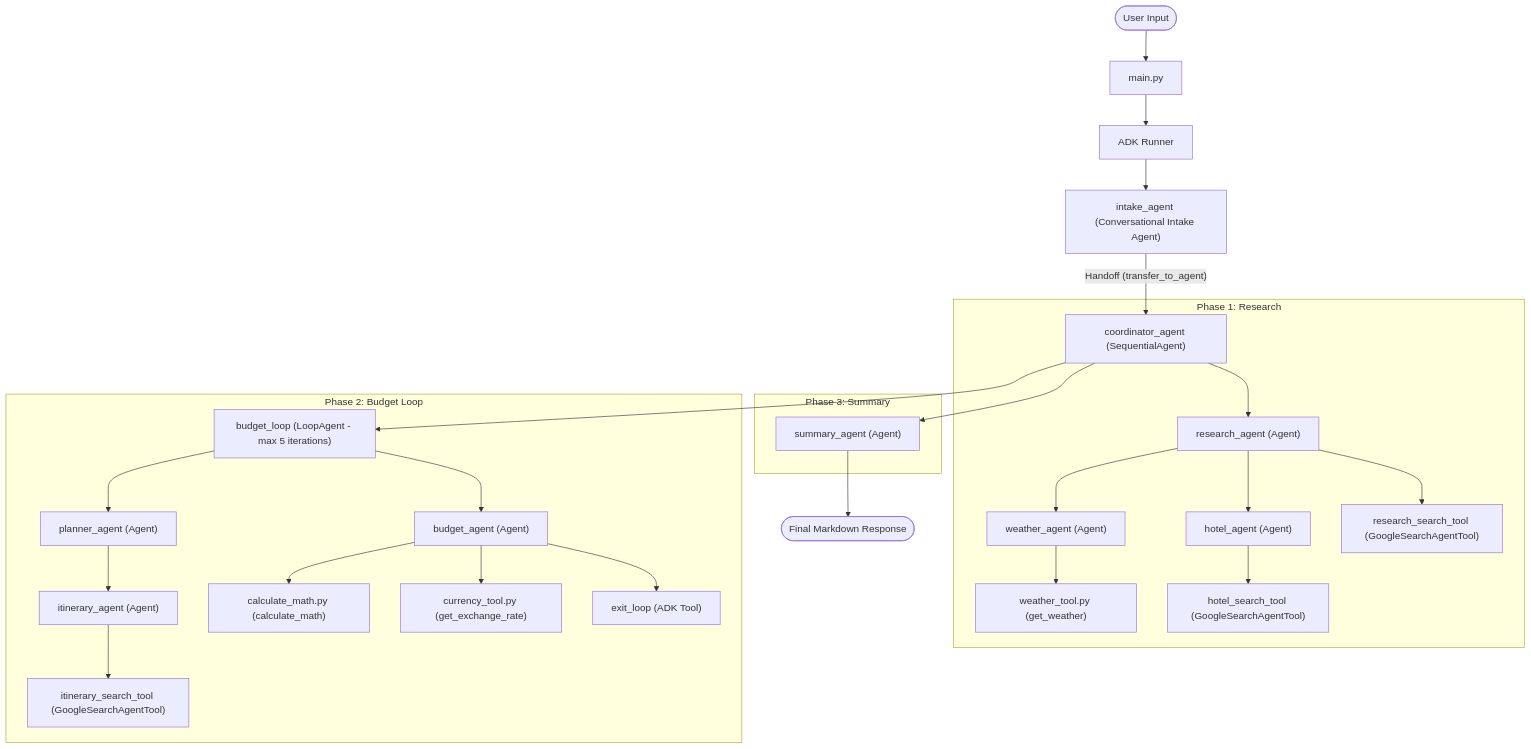
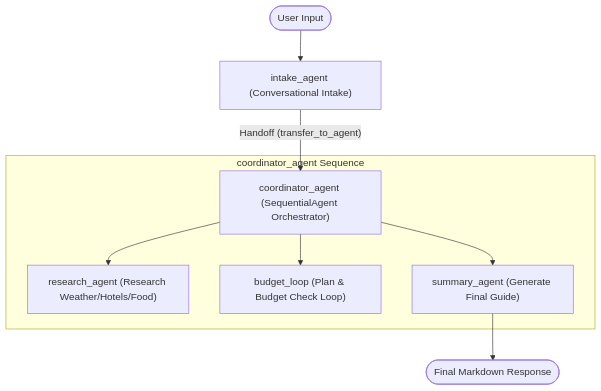
One commit to Janaghan/agents_adk changed the diagram in workflow_and_structure.md. Above: the diagram before and after it, drawn with Mermaid.

Commit message:
add project documentation, sample output, and update model version to gemini-2.5-flash-lite

````diff
--- a/workflow_and_structure.md
+++ b/workflow_and_structure.md
@@ -58,36 +58,13 @@
 ```mermaid
 graph TD
-    User([User Input]) --> Main[main.py]
-    Main --> Runner[ADK Runner]
-    Runner --> Intake["intake_agent (Conversational Intake Agent)"]
-    Intake -- "Handoff (transfer_to_agent)" --> Coord["coordinator_agent (SequentialAgent)"]
+    User([User Input]) --> Intake["intake_agent (Conversational Intake)"]
+    Intake -- "Handoff (transfer_to_agent)" --> Coord["coordinator_agent (SequentialAgent Orchestrator)"]
 
-    subgraph Phase 1: Research
-        Coord --> Research["research_agent (Agent)"]
-        Research --> Weather["weather_agent (Agent)"]
-        Research --> Hotel["hotel_agent (Agent)"]
-        Research --> GoogleSearch1["research_search_tool (GoogleSearchAgentTool)"]
-
-        Weather --> WeatherTool["weather_tool.py (get_weather)"]
-        Hotel --> GoogleSearchHotel["hotel_search_tool (GoogleSearchAgentTool)"]
-    end
-
-    subgraph Phase 2: Budget Loop
-        Coord --> BudgetLoop["budget_loop (LoopAgent - max 5 iterations)"]
-        BudgetLoop --> Planner["planner_agent (Agent)"]
-        BudgetLoop --> Budget["budget_agent (Agent)"]
-
-        Planner --> Itinerary["itinerary_agent (Agent)"]
-        Itinerary --> GoogleSearchItinerary["itinerary_search_tool (GoogleSearchAgentTool)"]
-        
-        Budget --> CalcMath["calculate_math.py (calculate_math)"]
-        Budget --> CurrTool["currency_tool.py (get_exchange_rate)"]
-        Budget --> ExitLoop["exit_loop (ADK Tool)"]
-    end
-
-    subgraph Phase 3: Summary
-        Coord --> Summary["summary_agent (Agent)"]
+    subgraph coordinator_agent Sequence
+        Coord --> Research["research_agent (Research Weather/Hotels/Food)"]
+        Coord --> BudgetLoop["budget_loop (Plan & Budget Check Loop)"]
+        Coord --> Summary["summary_agent (Generate Final Guide)"]
     end
 
     Summary --> FinalOutput([Final Markdown Response])
 ```
````
